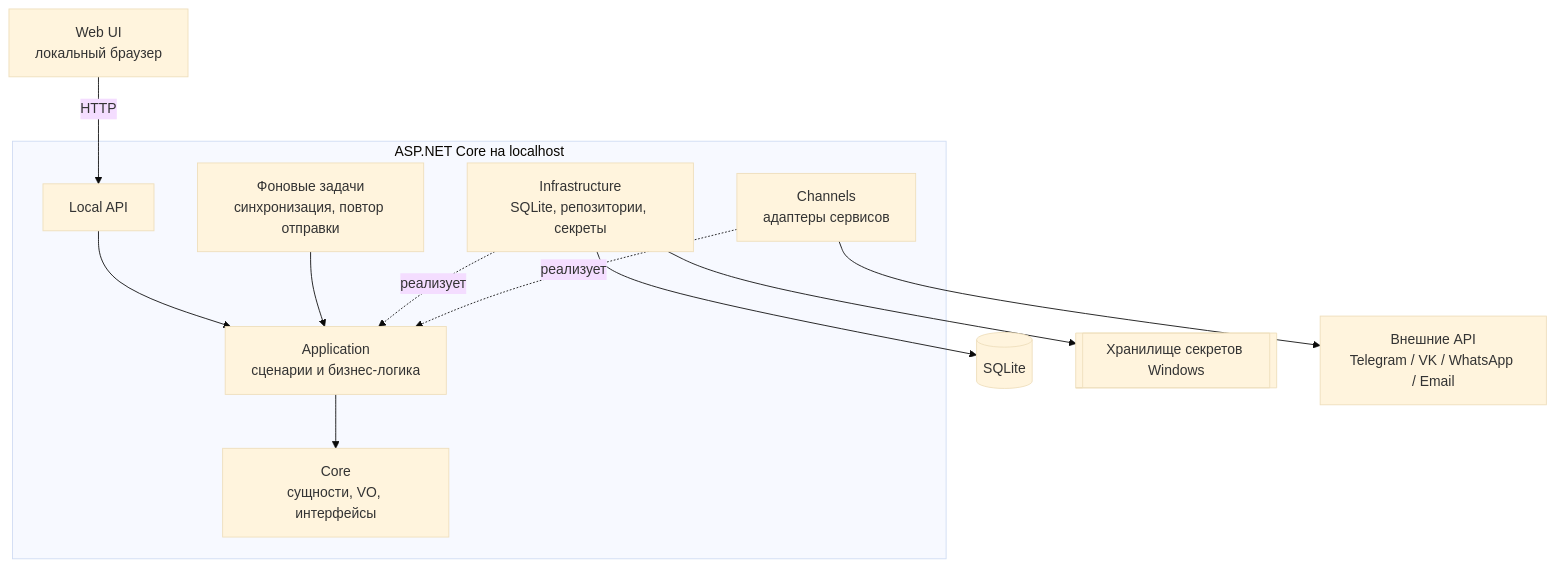
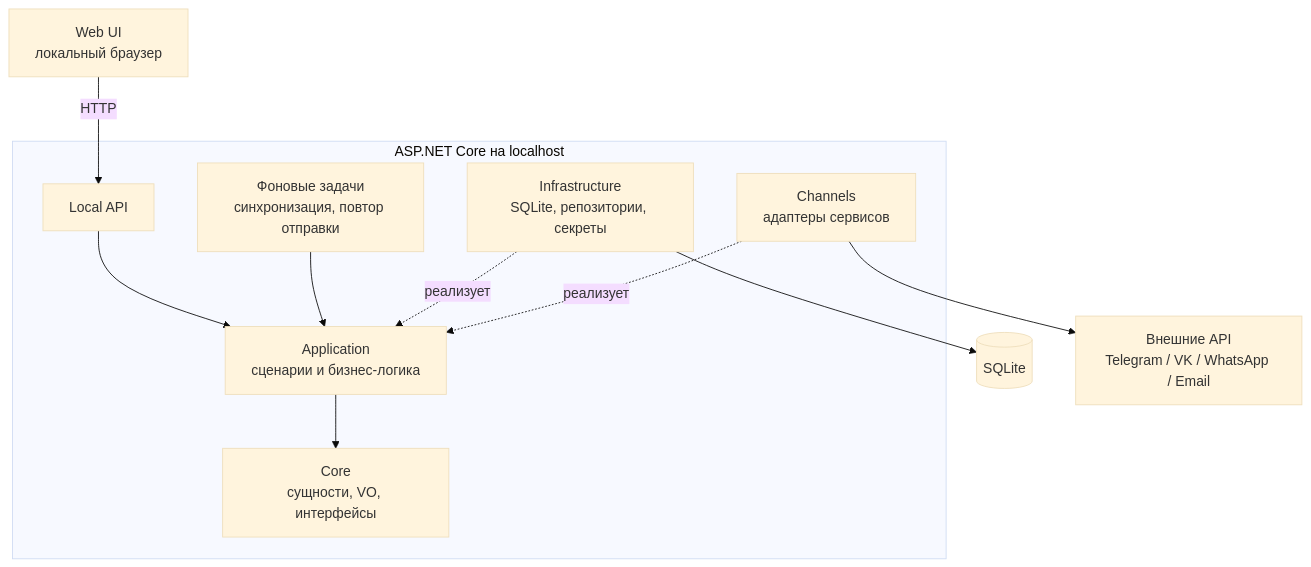
Before and after one commit to HRV220/MessageHub: the first of 9 diagrams in docs/TZ_Local_Messenger_Hub.md, drawn with Mermaid (base theme). The commit also changed other lines of this file and 1 other file, not shown here.

First line of the commit message:
docs(tz): trim v1 scope and drop persisted secrets from schema

````diff
--- a/docs/TZ_Local_Messenger_Hub.md
+++ b/docs/TZ_Local_Messenger_Hub.md
@@ -371,25 +375,23 @@
 ```mermaid
 flowchart TB
     UI["Web UI<br/>локальный браузер"]
     subgraph Host["ASP.NET Core на localhost"]
         API["Local API"]
         APP["Application<br/>сценарии и бизнес-логика"]
         CORE["Core<br/>сущности, VO, интерфейсы"]
         INF["Infrastructure<br/>SQLite, репозитории, секреты"]
         CH["Channels<br/>адаптеры сервисов"]
         BG["Фоновые задачи<br/>синхронизация, повтор отправки"]
     end
     DB[("SQLite")]
-    SEC[["Хранилище секретов Windows"]]
     EXT["Внешние API<br/>Telegram / VK / WhatsApp / Email"]
 
     UI -- HTTP --> API
     API --> APP
     BG --> APP
     APP --> CORE
     INF -.реализует.-> APP
     CH -.реализует.-> APP
     INF --> DB
-    INF --> SEC
     CH --> EXT
 ```
````
